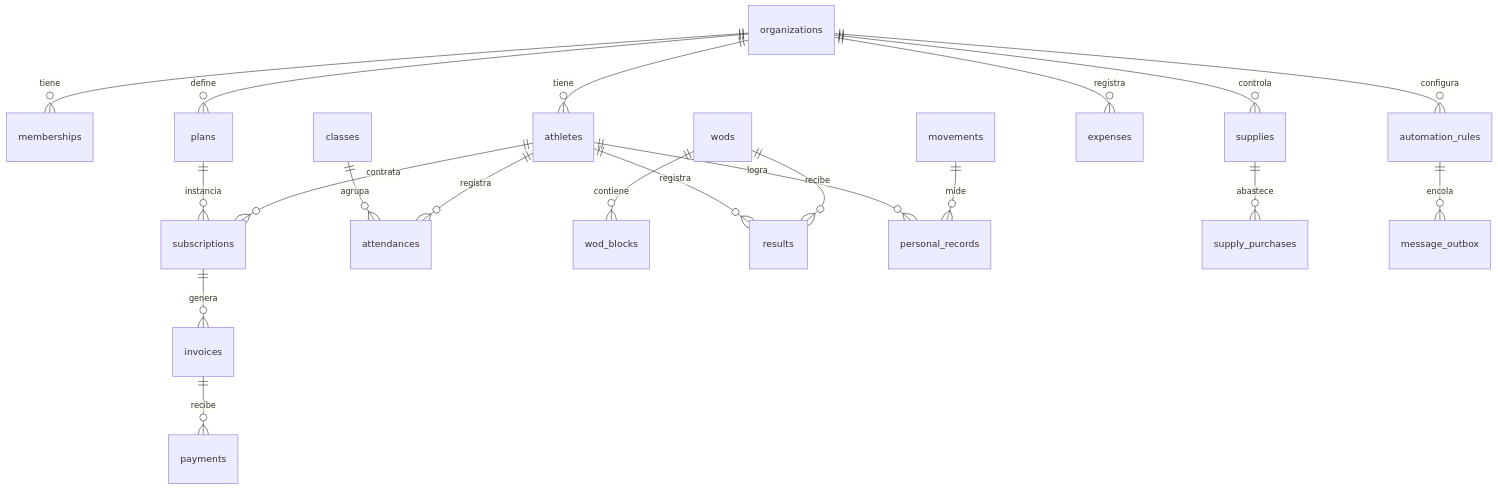
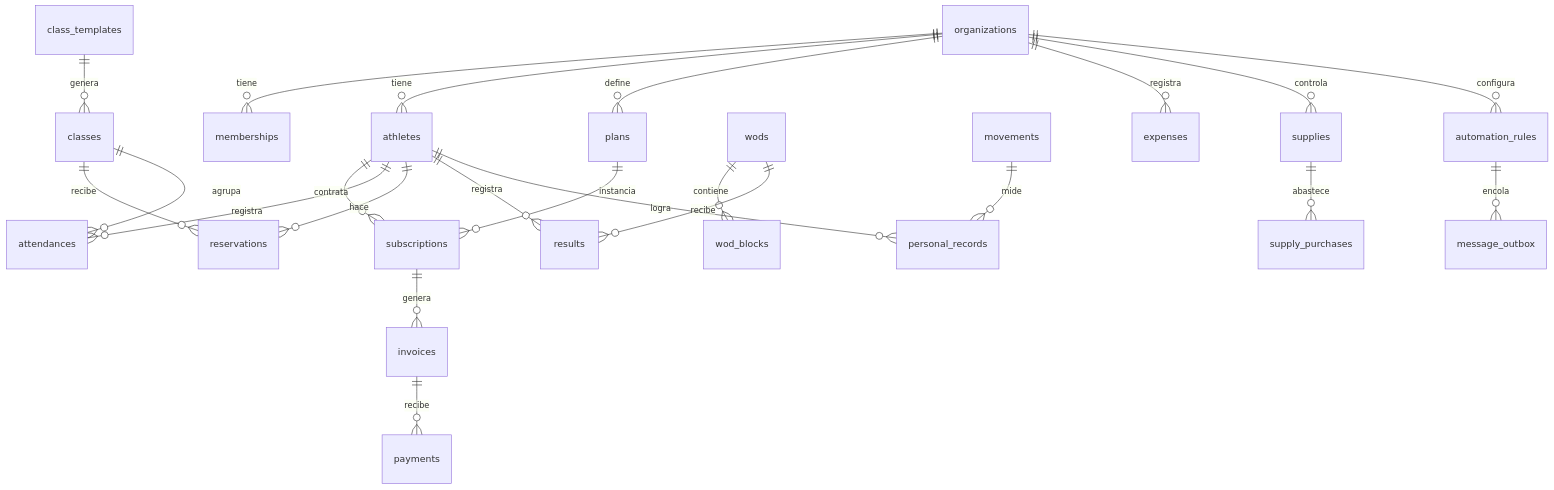
One commit to WilliRV1/scalar-astro changed the diagram in docs/03-modelo-de-datos.md. Above: the diagram before and after it, drawn with Mermaid. The commit also changed other lines of this file and 5 other files, not shown here.

````diff
--- a/docs/03-modelo-de-datos.md
+++ b/docs/03-modelo-de-datos.md
@@ -16,22 +16,25 @@
 ```mermaid
 erDiagram
     organizations ||--o{ memberships : tiene
     organizations ||--o{ athletes : tiene
     organizations ||--o{ plans : define
     athletes ||--o{ subscriptions : contrata
     plans ||--o{ subscriptions : instancia
     subscriptions ||--o{ invoices : genera
     invoices ||--o{ payments : recibe
     athletes ||--o{ attendances : registra
+    class_templates ||--o{ classes : genera
+    classes ||--o{ reservations : recibe
+    athletes ||--o{ reservations : hace
     classes ||--o{ attendances : agrupa
     wods ||--o{ wod_blocks : contiene
     wods ||--o{ results : recibe
     athletes ||--o{ results : registra
     movements ||--o{ personal_records : mide
     athletes ||--o{ personal_records : logra
     organizations ||--o{ expenses : registra
     organizations ||--o{ supplies : controla
     supplies ||--o{ supply_purchases : abastece
     organizations ||--o{ automation_rules : configura
     automation_rules ||--o{ message_outbox : encola
 ```
````
